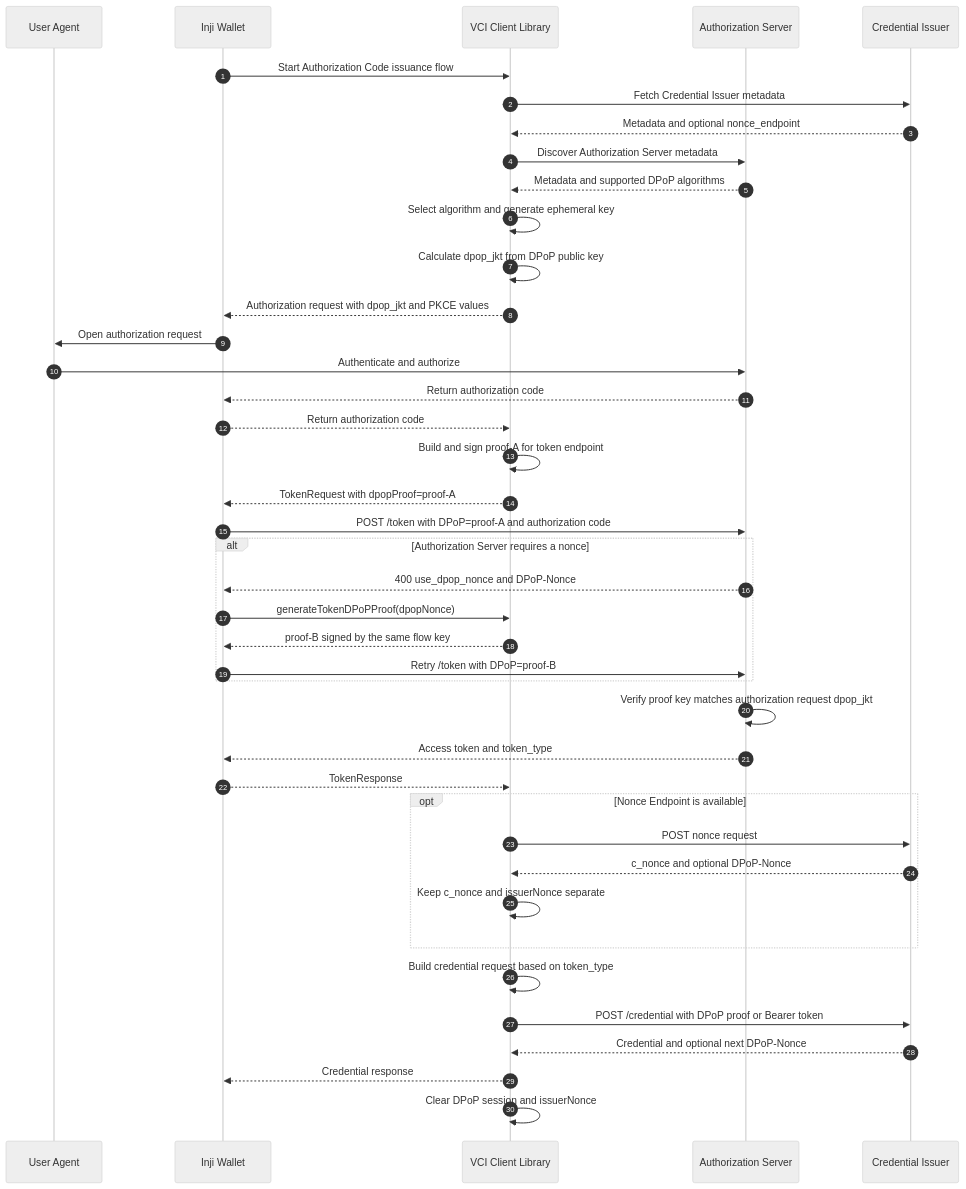
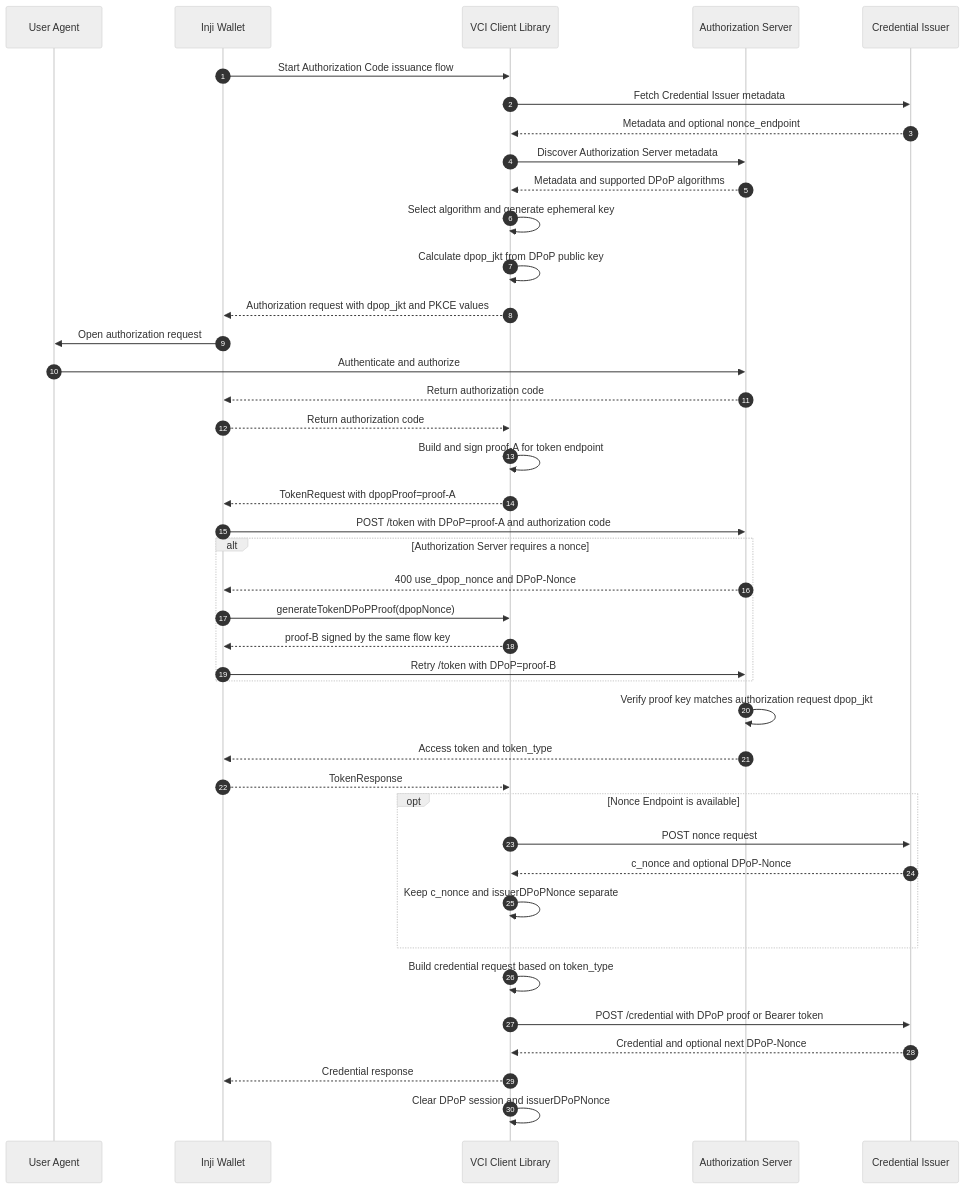
The third of 9 diagrams in docs/dpop-support.md (inji/inji-wallet), drawn with Mermaid (neutral theme) before and after one commit. The commit also changed other lines of this file, not shown here.

First line of the commit message:
docs(dpop): clarify nonce naming and token endpoint boundary

````diff
--- a/docs/dpop-support.md
+++ b/docs/dpop-support.md
@@ -186,44 +186,44 @@
 ```mermaid
 sequenceDiagram
   autonumber
   participant U as User Agent
   participant W as Inji Wallet
   participant L as VCI Client Library
   participant AS as Authorization Server
   participant CI as Credential Issuer
 
   W->>L: Start Authorization Code issuance flow
   L->>CI: Fetch Credential Issuer metadata
   CI-->>L: Metadata and optional nonce_endpoint
   L->>AS: Discover Authorization Server metadata
   AS-->>L: Metadata and supported DPoP algorithms
   L->>L: Select algorithm and generate ephemeral key
   L->>L: Calculate dpop_jkt from DPoP public key
   L-->>W: Authorization request with dpop_jkt and PKCE values
   W->>U: Open authorization request
   U->>AS: Authenticate and authorize
   AS-->>W: Return authorization code
   W-->>L: Return authorization code
   L->>L: Build and sign proof-A for token endpoint
   L-->>W: TokenRequest with dpopProof=proof-A
   W->>AS: POST /token with DPoP=proof-A and authorization code
   alt Authorization Server requires a nonce
     AS-->>W: 400 use_dpop_nonce and DPoP-Nonce
     W->>L: generateTokenDPoPProof(dpopNonce)
     L-->>W: proof-B signed by the same flow key
     W->>AS: Retry /token with DPoP=proof-B
   end
   AS->>AS: Verify proof key matches authorization request dpop_jkt
   AS-->>W: Access token and token_type
   W-->>L: TokenResponse
   opt Nonce Endpoint is available
     L->>CI: POST nonce request
     CI-->>L: c_nonce and optional DPoP-Nonce
-    L->>L: Keep c_nonce and issuerNonce separate
+    L->>L: Keep c_nonce and issuerDPoPNonce separate
   end
   L->>L: Build credential request based on token_type
   L->>CI: POST /credential with DPoP proof or Bearer token
   CI-->>L: Credential and optional next DPoP-Nonce
   L-->>W: Credential response
-  L->>L: Clear DPoP session and issuerNonce
+  L->>L: Clear DPoP session and issuerDPoPNonce
 ```
````
